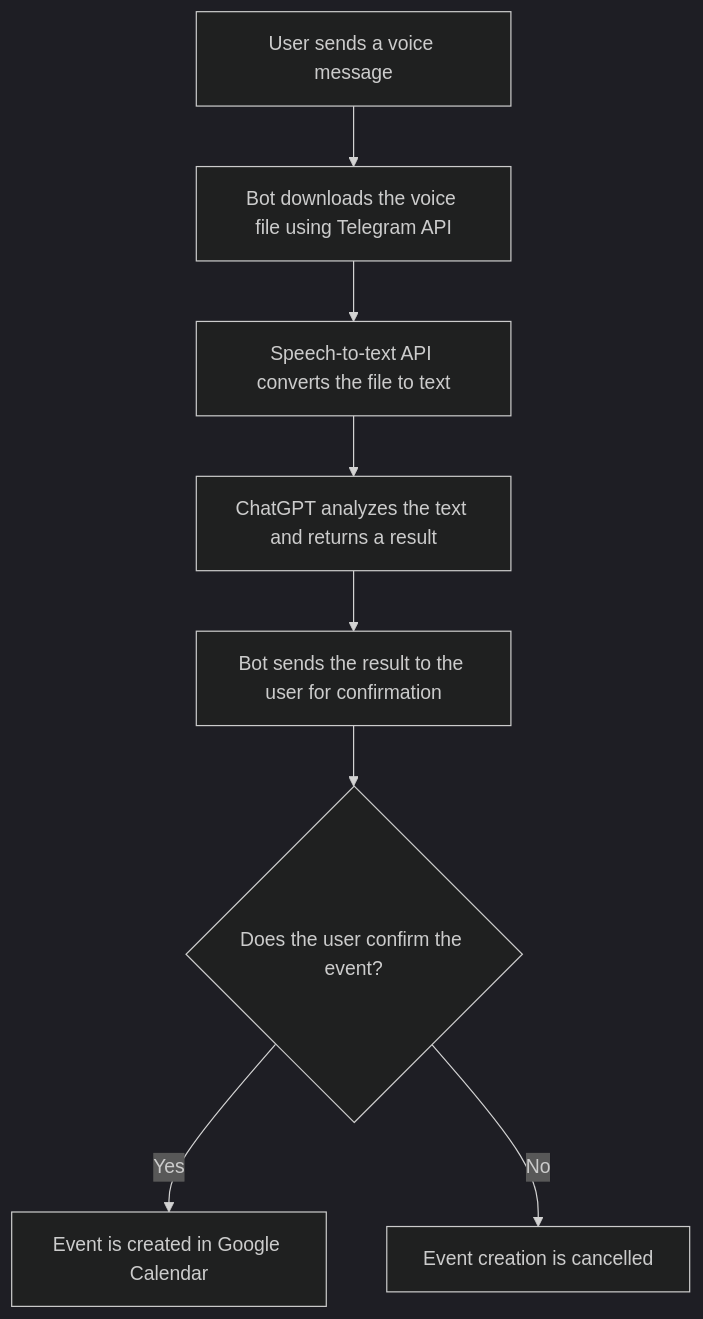
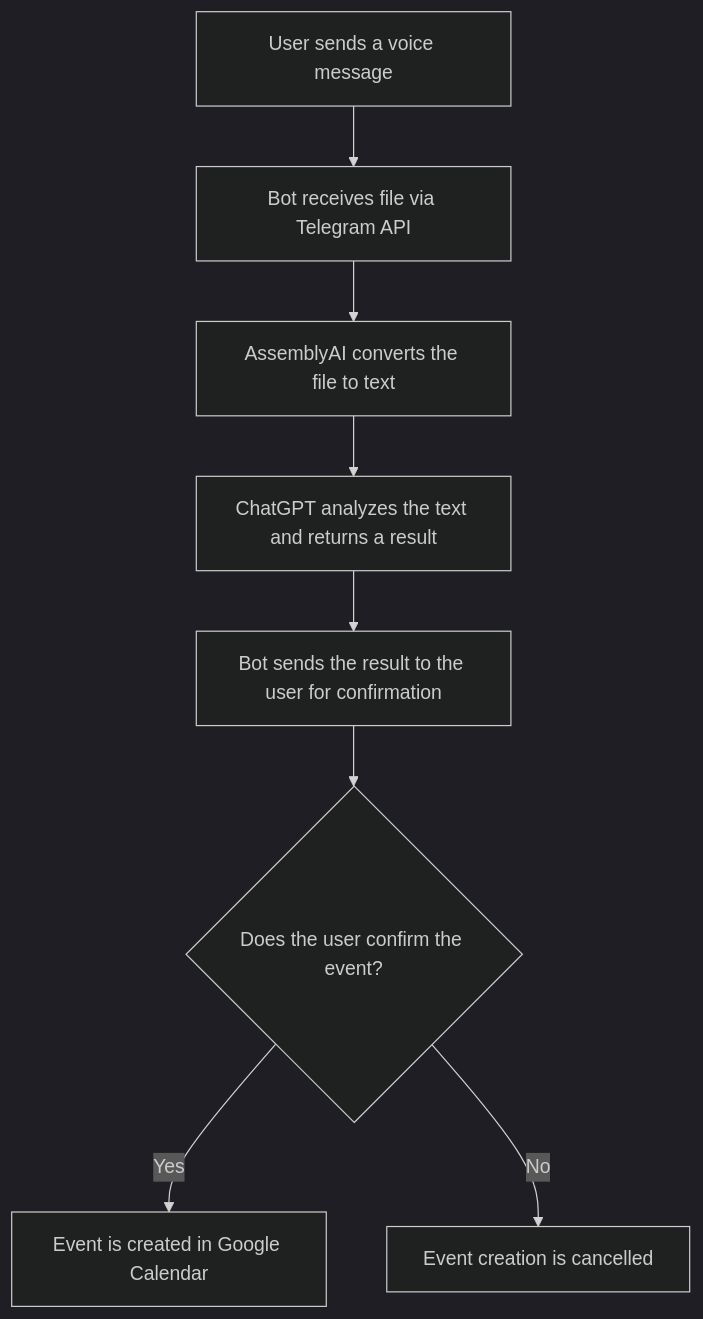
Before and after one commit to avkrapivin/telegram-calendar: the diagram in README.md, drawn with Mermaid (dark theme). The commit also changed other lines of this file and 4 other files, not shown here.

````diff
--- a/README.md
+++ b/README.md
@@ -43,11 +377,11 @@
 ```mermaid
 graph TD;
-    A[User sends a voice message] --> B[Bot downloads the voice file using Telegram API];
-    B --> C[Speech-to-text API converts the file to text];
+    A[User sends a voice message] --> B[Bot receives file via Telegram API];
+    B --> C[AssemblyAI converts the file to text];
     C --> D[ChatGPT analyzes the text and returns a result];
     D --> E[Bot sends the result to the user for confirmation];
     E --> F{Does the user confirm the event?};
     F -- Yes --> G[Event is created in Google Calendar];
     F -- No --> H[Event creation is cancelled];
 
 ```
````
